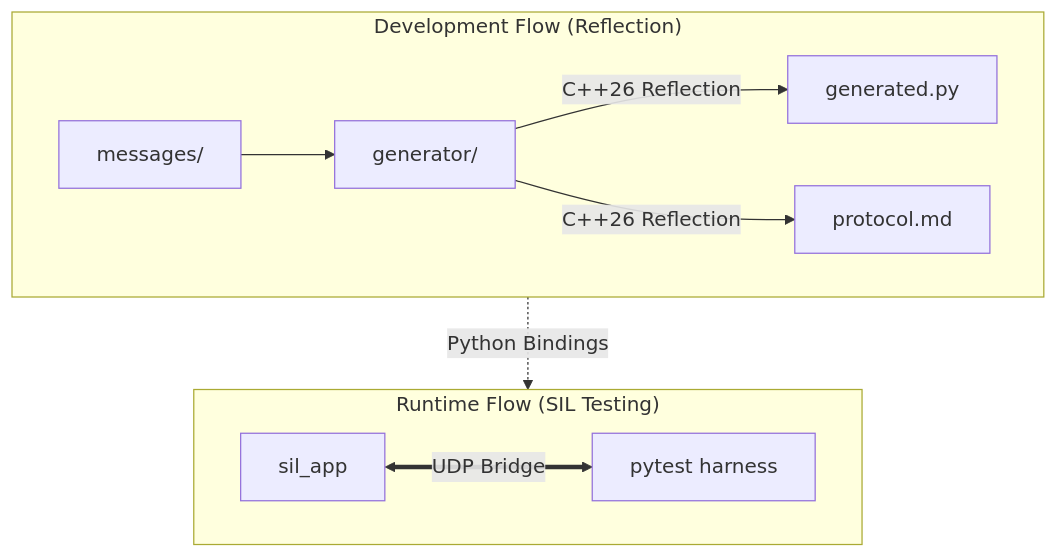
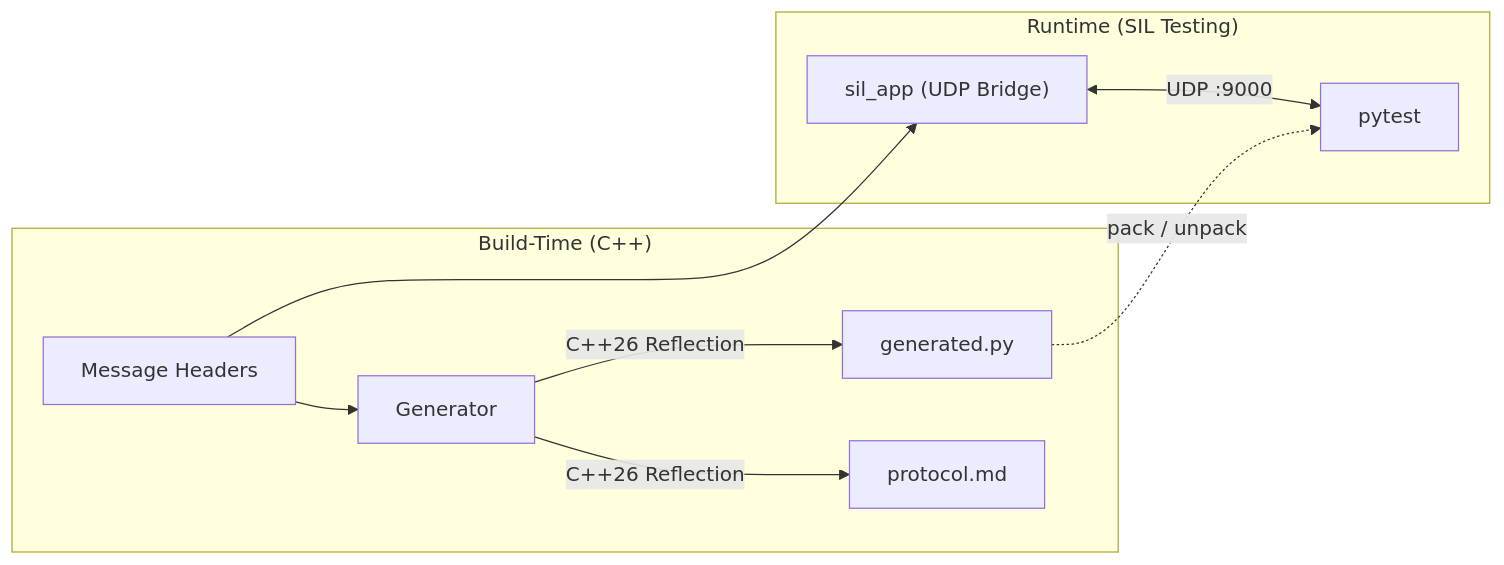
The diagram in README.md (AxelBjork/reflect_pytest), drawn with Mermaid before and after one commit. The commit also changed other lines of this file and 11 other files, not shown here.

````diff
--- a/README.md
+++ b/README.md
@@ -10,15 +10,15 @@
 ```mermaid
-graph TD
-    subgraph Dev ["Development Flow (Reflection)"]
-        direction LR
-        MSG["messages/"] --> GEN["generator/"]
-        GEN -- "C++26 Reflection" --> PY_B["generated.py"]
+graph LR
+    subgraph Build ["Build-Time (C++)"]
+        HDR["Message Headers"] --> GEN["Generator"]
+        GEN -- "C++26 Reflection" --> PY["generated.py"]
         GEN -- "C++26 Reflection" --> DOC["protocol.md"]
     end
 
-    subgraph Run ["Runtime Flow (SIL Testing)"]
-        direction LR
-        SIL["sil_app"] <==> |UDP Bridge| TEST["pytest harness"]
-        PY_B -. "Python Bindings" .-> TEST
+    subgraph Runtime ["Runtime (SIL Testing)"]
+        SIL["sil_app (UDP Bridge)"] <-- "UDP :9000" --> TEST["pytest"]
     end
+
+    HDR --> SIL
+    PY -. "pack / unpack" .-> TEST
 ```
````
